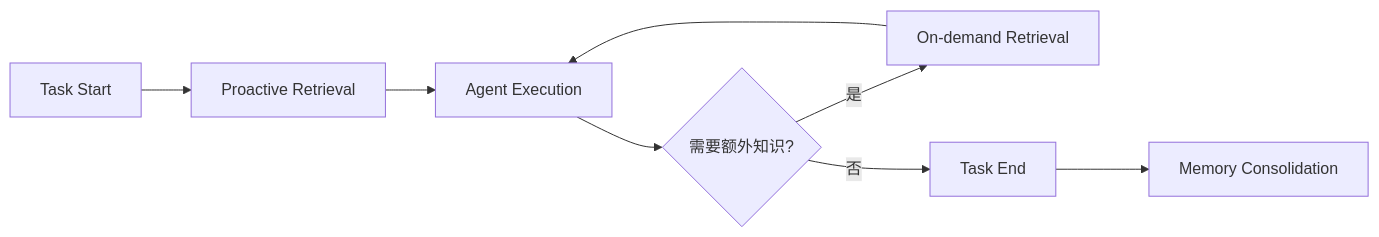
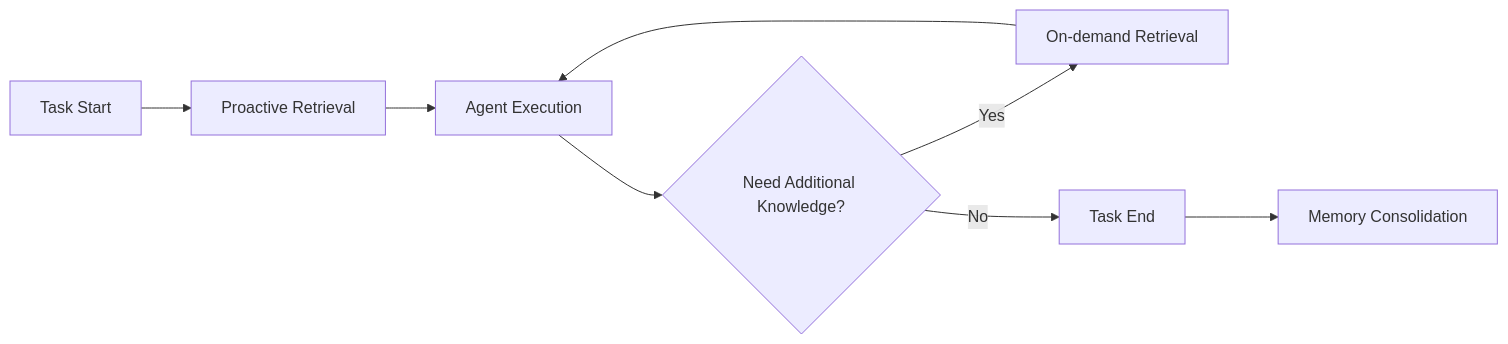
The eighth of 15 diagrams in docs/agent/03-memory-context/07-agent-memory.md (oneleaveknowsthefall/awesome-ai-roadmap), drawn with Mermaid before and after one commit. The commit also changed other lines of this file and 68 other files, not shown here.

````diff
--- a/docs/agent/03-memory-context/07-agent-memory.md
+++ b/docs/agent/03-memory-context/07-agent-memory.md
@@ -524,10 +524,10 @@
 ```mermaid
 flowchart LR
     START[Task Start] --> PRE[Proactive Retrieval]
     PRE --> RUN[Agent Execution]
-    RUN --> NEED{需要额外知识?}
-    NEED -->|是| ON[On-demand Retrieval]
+    RUN --> NEED{Need Additional Knowledge?}
+    NEED -->|Yes| ON[On-demand Retrieval]
     ON --> RUN
-    NEED -->|否| END[Task End]
+    NEED -->|No| END[Task End]
     END --> CONS[Memory Consolidation]
 ```
````
